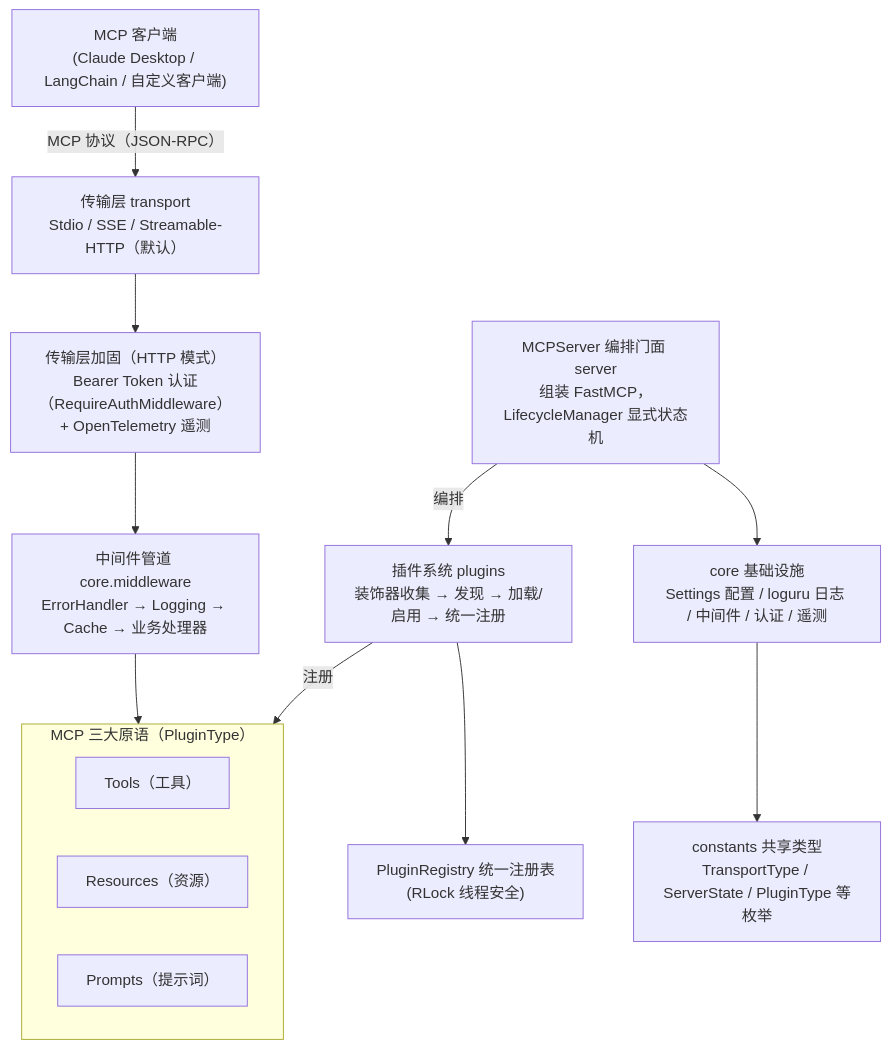
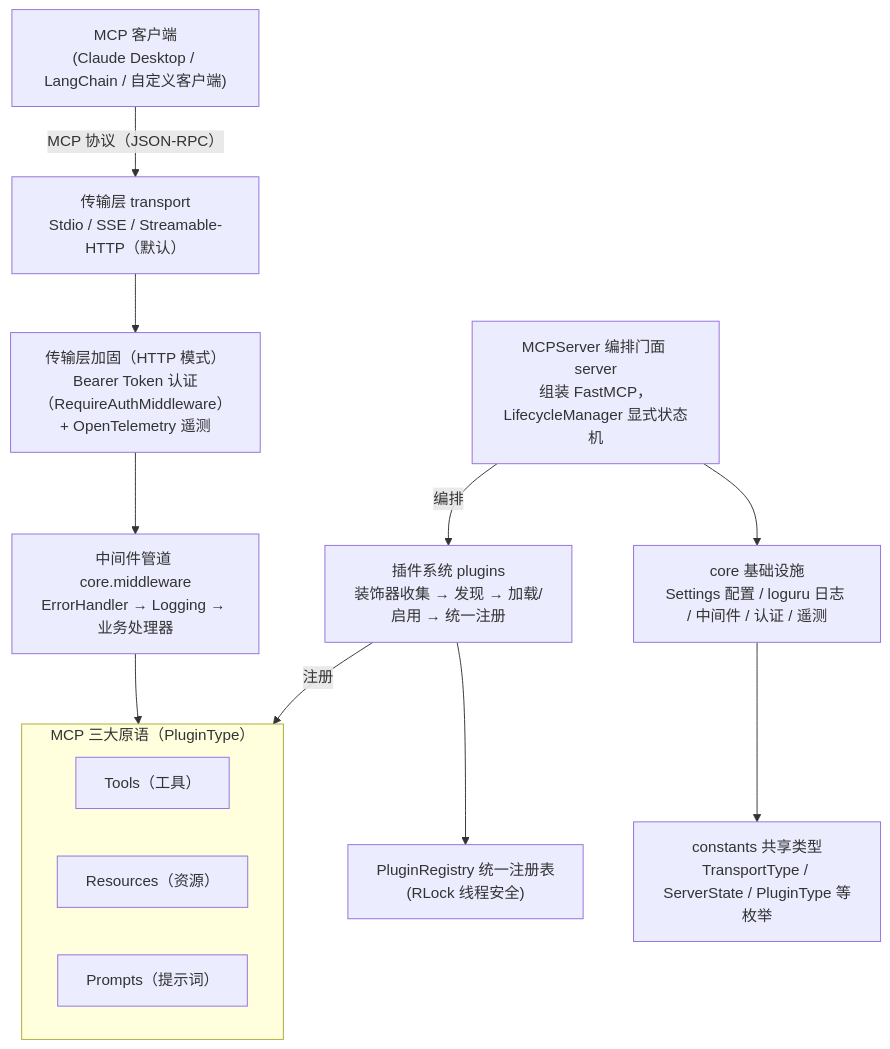
One commit to chain-engine/x-QiuChi changed the first of 4 diagrams in README.md. Above: the diagram before and after it, drawn with Mermaid. The commit also changed other lines of this file and 31 other files, not shown here.

````diff
--- a/README.md
+++ b/README.md
@@ -470,28 +467,28 @@
 ```mermaid
 flowchart TD
     A["MCP 客户端<br/>(Claude Desktop / LangChain / 自定义客户端)"]
     B["传输层 transport<br/>Stdio / SSE / Streamable-HTTP（默认）"]
     B1["传输层加固（HTTP 模式）<br/>Bearer Token 认证（RequireAuthMiddleware）+ OpenTelemetry 遥测"]
-    C["中间件管道 core.middleware<br/>ErrorHandler → Logging → Cache → 业务处理器"]
+    C["中间件管道 core.middleware<br/>ErrorHandler → Logging → 业务处理器"]
     subgraph D["MCP 三大原语（PluginType）"]
         direction LR
         D1["Tools（工具）"]
         D2["Resources（资源）"]
         D3["Prompts（提示词）"]
     end
     E["插件系统 plugins<br/>装饰器收集 → 发现 → 加载/启用 → 统一注册"]
     F["PluginRegistry 统一注册表<br/>(RLock 线程安全)"]
     G["MCPServer 编排门面 server<br/>组装 FastMCP，LifecycleManager 显式状态机"]
     H["core 基础设施<br/>Settings 配置 / loguru 日志 / 中间件 / 认证 / 遥测"]
     I["constants 共享类型<br/>TransportType / ServerState / PluginType 等枚举"]
 
     A -->|"MCP 协议（JSON-RPC）"| B
     B --> B1
     B1 --> C
     C --> D
     E -->|"注册"| D
     E --> F
     G -->|"编排"| E
     G --> H
     H --> I
 ```
````
